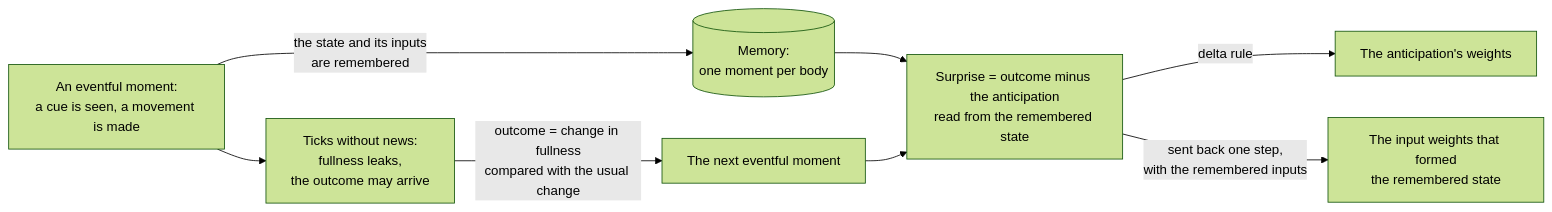
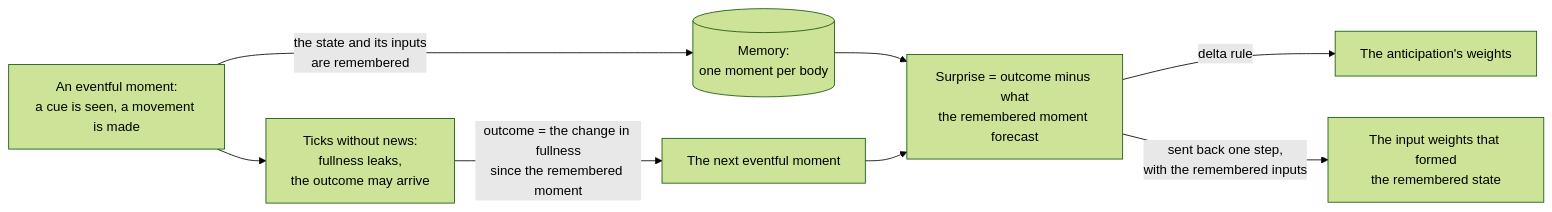
One commit to cabloo/predictive-coding-agent changed the diagram in README.md. Above: the diagram before and after it, drawn with Mermaid (forest theme). The commit also changed other lines of this file and 6 other files, not shown here.

First line of the commit message:
The anticipation gets a setpoint of its own; the outcome is the whole change in fullness

````diff
--- a/README.md
+++ b/README.md
@@ -121,10 +123,10 @@
 ```mermaid
 flowchart LR
     A["An eventful moment:<br/>a cue is seen, a movement is made"] -->|"the state and its inputs<br/>are remembered"| M[("Memory:<br/>one moment per body")]
     A --> W["Ticks without news:<br/>fullness leaks,<br/>the outcome may arrive"]
-    W -->|"outcome = change in fullness<br/>compared with the usual change"| N["The next eventful moment"]
-    M --> S["Surprise = outcome minus the anticipation<br/>read from the remembered state"]
+    W -->|"outcome = the change in fullness<br/>since the remembered moment"| N["The next eventful moment"]
+    M --> S["Surprise = outcome minus what<br/>the remembered moment forecast"]
     N --> S
     S -->|"delta rule"| R["The anticipation's weights"]
     S -->|"sent back one step,<br/>with the remembered inputs"| P["The input weights that formed<br/>the remembered state"]
 ```
````
